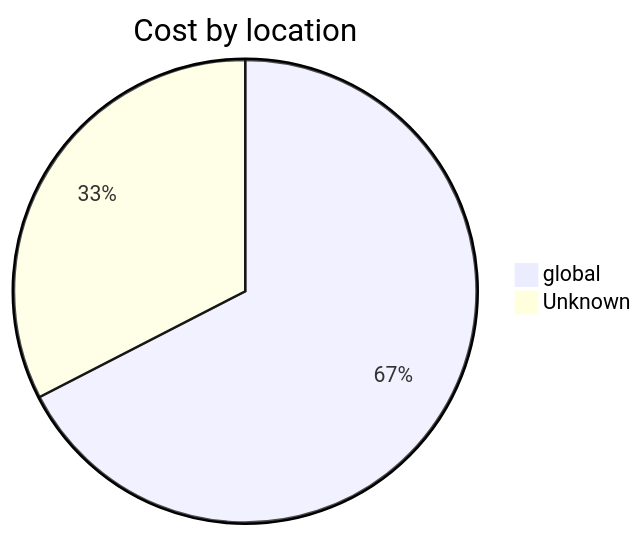
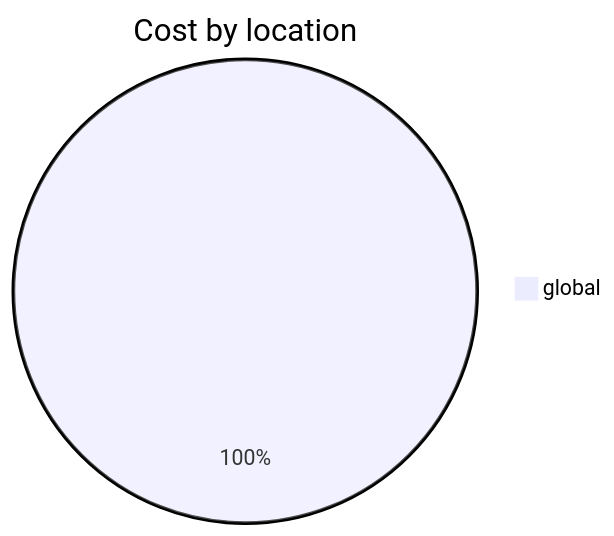
Before and after one commit to jpfulton/azure-personal-reports: the third of 4 diagrams in cost-reports/personal-network/private.jpatrickfulton.com.md, drawn with Mermaid. The commit also changed other lines of this file and 8 other files, not shown here.

````diff
--- a/cost-reports/personal-network/private.jpatrickfulton.com.md
+++ b/cost-reports/personal-network/private.jpatrickfulton.com.md
@@ -108,6 +107,5 @@
 ```mermaid
 pie
    title Cost by location
-   "global" : 0.29
-   "Unknown" : 0.14
+   "global" : 0.45
 ```
````
